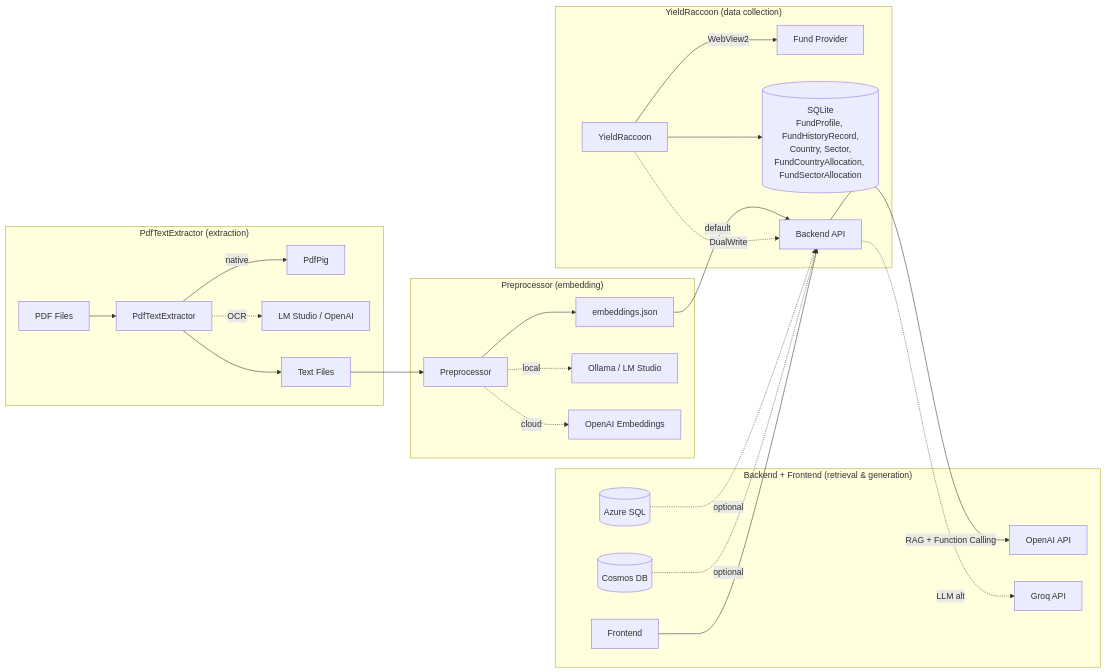
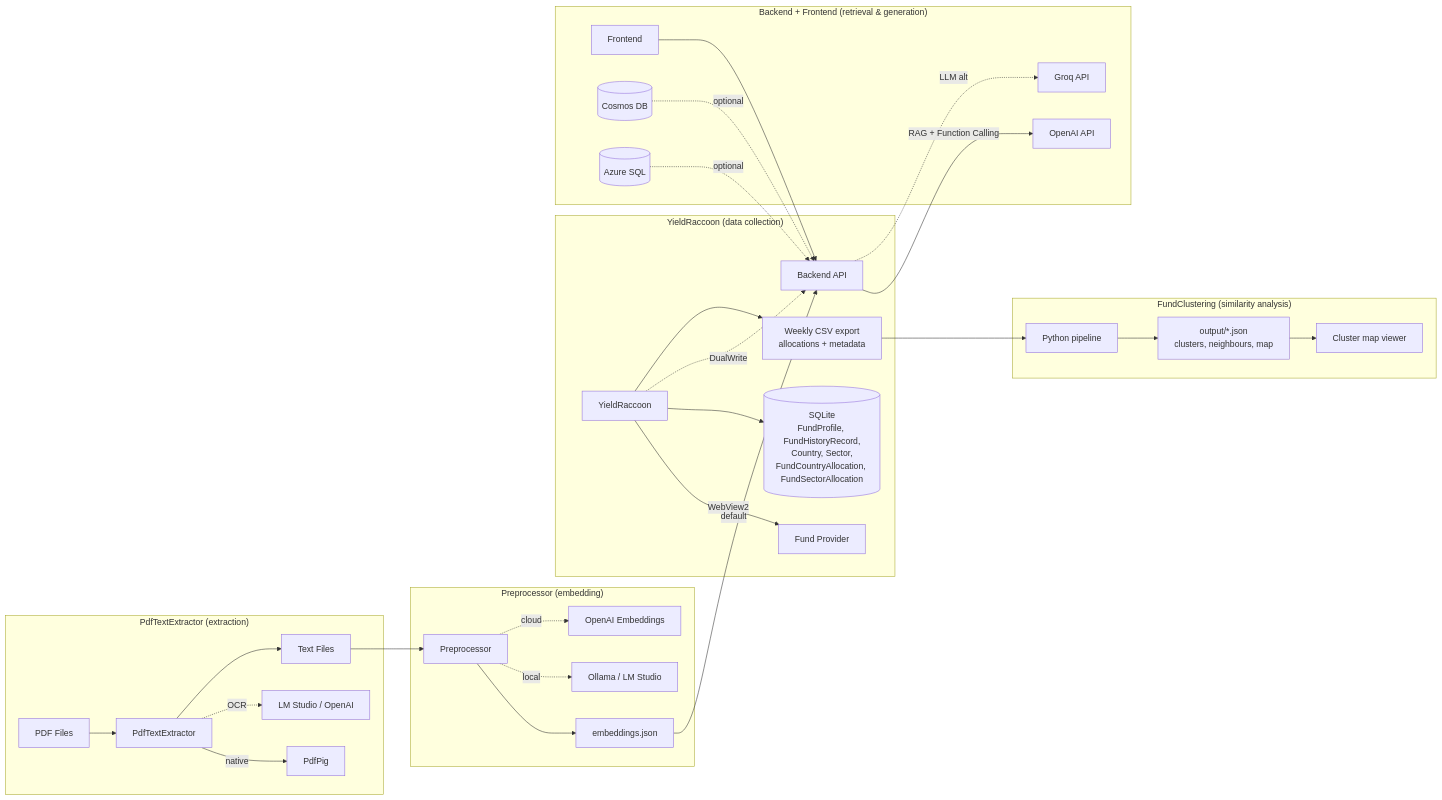
Before and after one commit to Muhomorik/SemanticKernel-FundDocsQnA-dotnet-nextjs: the diagram in README.md, drawn with Mermaid. The commit also changed other lines of this file and 1 other file, not shown here.

Commit message:
README and CLAUDE.md: add FundClustering

````diff
--- a/README.md
+++ b/README.md
@@ -70,31 +71,38 @@
 ```mermaid
 flowchart LR
     subgraph PdfTextExtractor ["PdfTextExtractor (extraction)"]
         PDF[PDF Files] --> PTE[PdfTextExtractor]
         PTE -->|native| PDFPIG[PdfPig]
         PTE -.->|OCR| LMS[LM Studio / OpenAI]
         PTE --> TXT[Text Files]
     end
 
     subgraph Preprocessor ["Preprocessor (embedding)"]
         TXT --> PRE[Preprocessor]
         PRE --> EMB[embeddings.json]
         PRE -.->|local| LOCAL[Ollama / LM Studio]
         PRE -.->|cloud| OAI_EMB[OpenAI Embeddings]
     end
 
     subgraph YieldRaccoon ["YieldRaccoon (data collection)"]
         YR[YieldRaccoon] -->|WebView2| FP[Fund Provider]
         YR --> DB[(SQLite\nFundProfile, FundHistoryRecord,\nCountry, Sector,\nFundCountryAllocation, FundSectorAllocation)]
         YR -.->|DualWrite| API
+        YR --> CSV[Weekly CSV export\nallocations + metadata]
+    end
+
+    subgraph FundClustering ["FundClustering (similarity analysis)"]
+        CSV --> FC[Python pipeline]
+        FC --> OUT[output/*.json\nclusters, neighbours, map]
+        OUT --> VIEW[Cluster map viewer]
     end
 
     subgraph Runtime ["Backend + Frontend (retrieval & generation)"]
         FE[Frontend] --> API[Backend API]
         EMB -->|default| API
         COSMOS[(Cosmos DB)] -.->|optional| API
         AZSQL[(Azure SQL)] -.->|optional| API
         API -->|RAG + Function Calling| OAI[OpenAI API]
         API -.->|LLM alt| GROQ[Groq API]
     end
 ```
````
